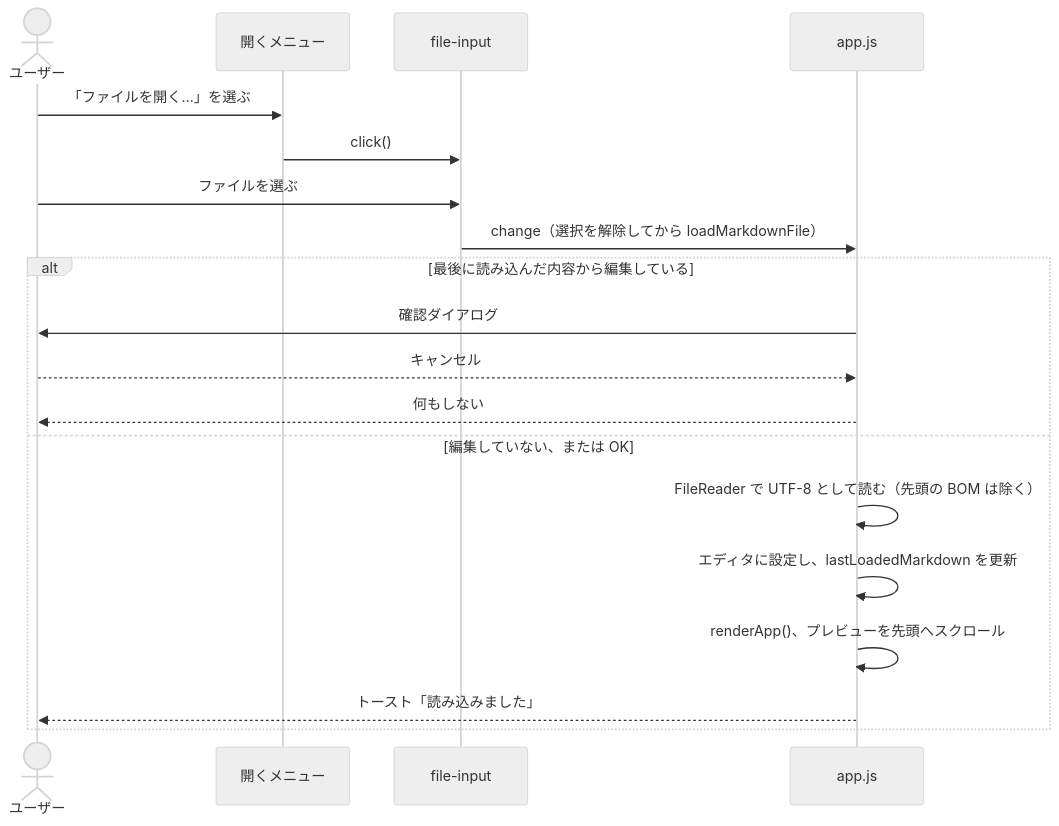
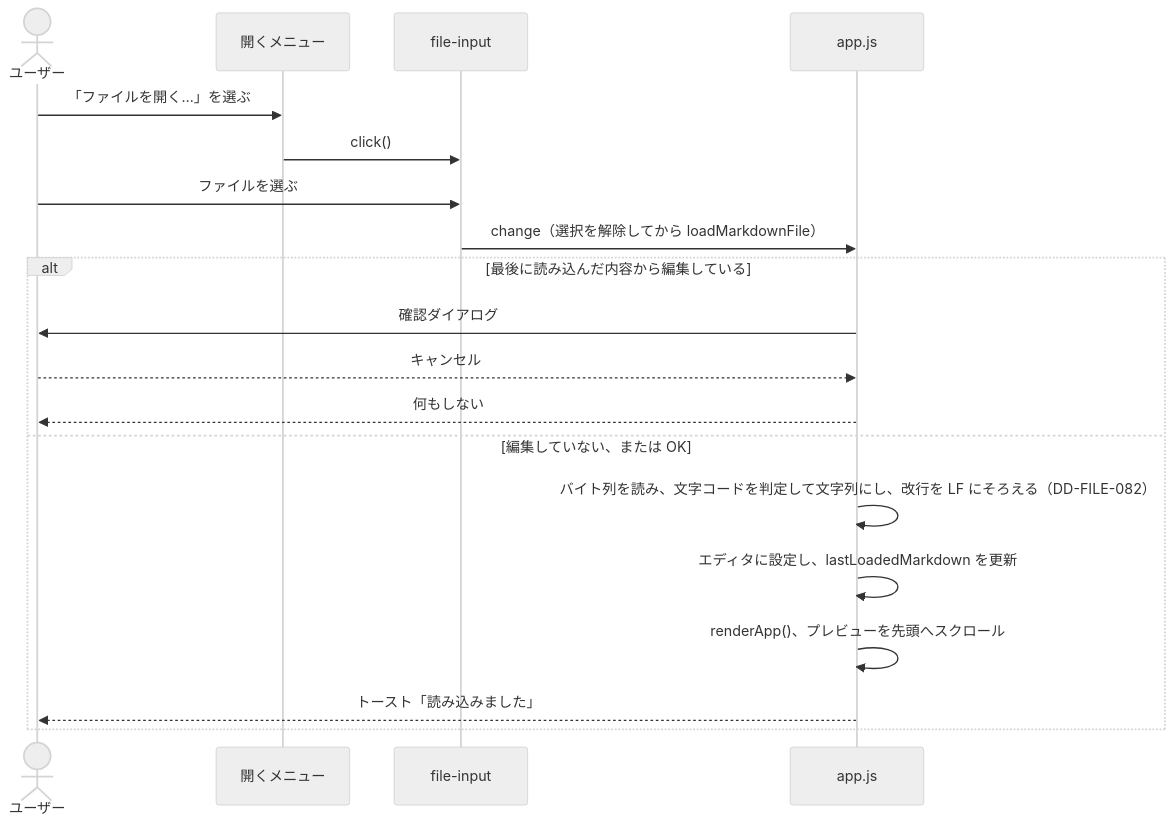
One commit to prankster-freedom/Lucivo changed the first of 3 diagrams in doc/3.sw_design_notes/features/file-loading.md. Above: the diagram before and after it, drawn with Mermaid (neutral theme). The commit also changed other lines of this file and 4 other files, not shown here.

````diff
--- a/doc/3.sw_design_notes/features/file-loading.md
+++ b/doc/3.sw_design_notes/features/file-loading.md
@@ -31,21 +31,21 @@
 ```mermaid
 sequenceDiagram
   actor User as ユーザー
   participant Menu as 開くメニュー
   participant Input as file-input
   participant App as app.js
   User->>Menu: 「ファイルを開く…」を選ぶ
   Menu->>Input: click()
   User->>Input: ファイルを選ぶ
   Input->>App: change（選択を解除してから loadMarkdownFile）
   alt 最後に読み込んだ内容から編集している
     App->>User: 確認ダイアログ
     User-->>App: キャンセル
     App-->>User: 何もしない
   else 編集していない、または OK
-    App->>App: FileReader で UTF-8 として読む（先頭の BOM は除く）
+    App->>App: バイト列を読み、文字コードを判定して文字列にし、改行を LF にそろえる（DD-FILE-082）
     App->>App: エディタに設定し、lastLoadedMarkdown を更新
     App->>App: renderApp()、プレビューを先頭へスクロール
     App-->>User: トースト「読み込みました」
   end
 ```
````
